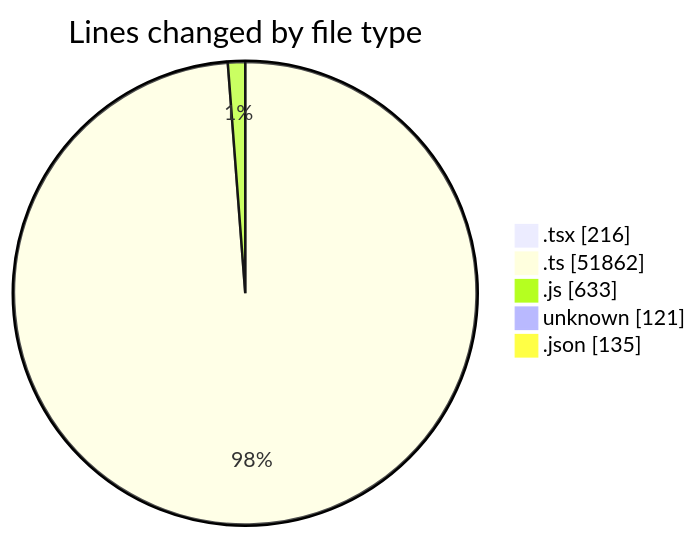
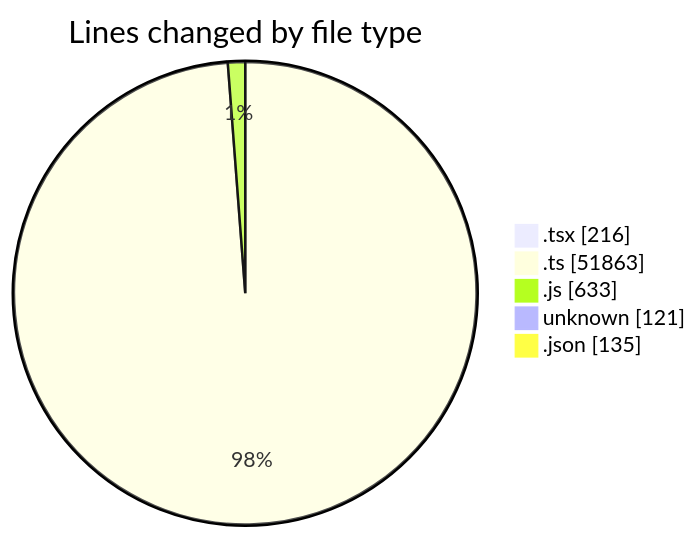
The first of 2 diagrams in 2026-06-01/cda/README.md (momahboobian/code-tracking), drawn with Mermaid before and after one commit. The commit also changed other lines of this file and 1 other file, not shown here.

````diff
--- a/2026-06-01/cda/README.md
+++ b/2026-06-01/cda/README.md
@@ -50,9 +50,9 @@
 ```mermaid
 pie showData
 title Lines changed by file type
 ".tsx" : 216
-".ts" : 51862
+".ts" : 51863
 ".js" : 633
 "unknown" : 121
 ".json" : 135
 ```
````
